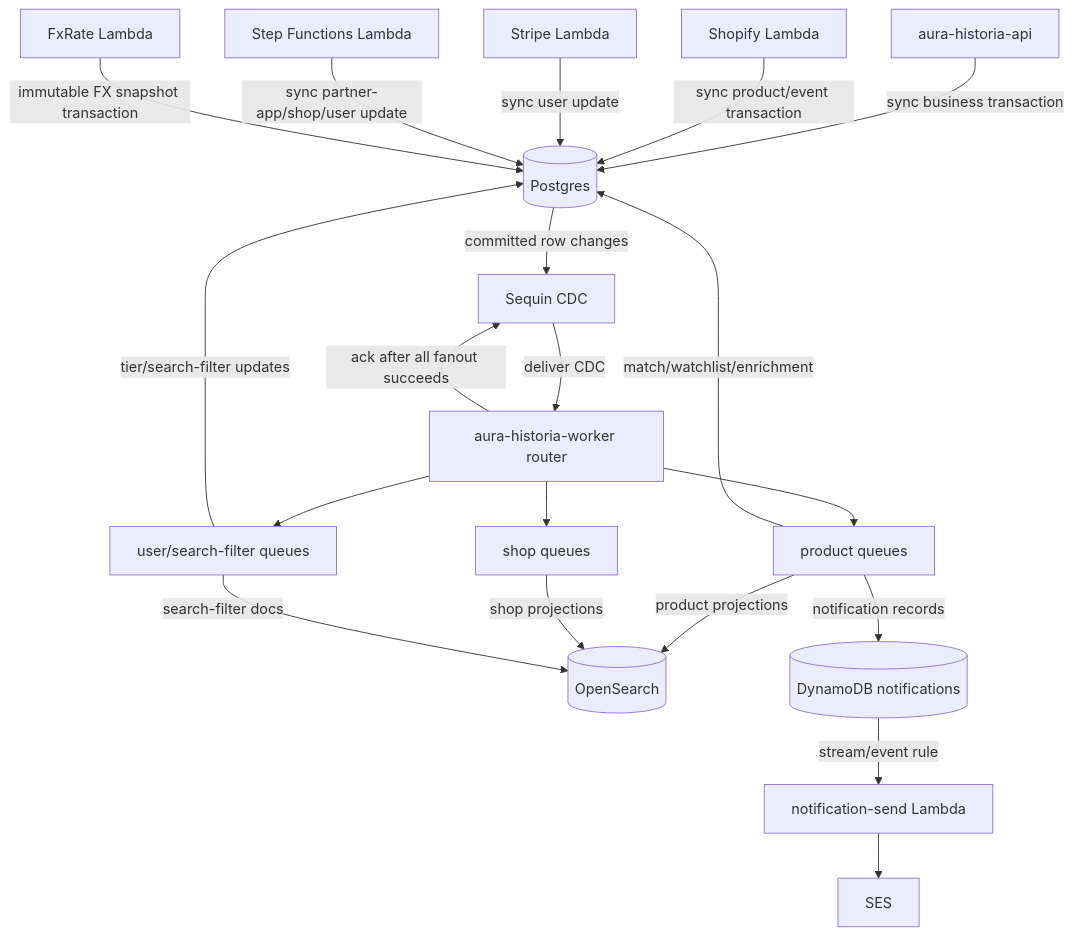
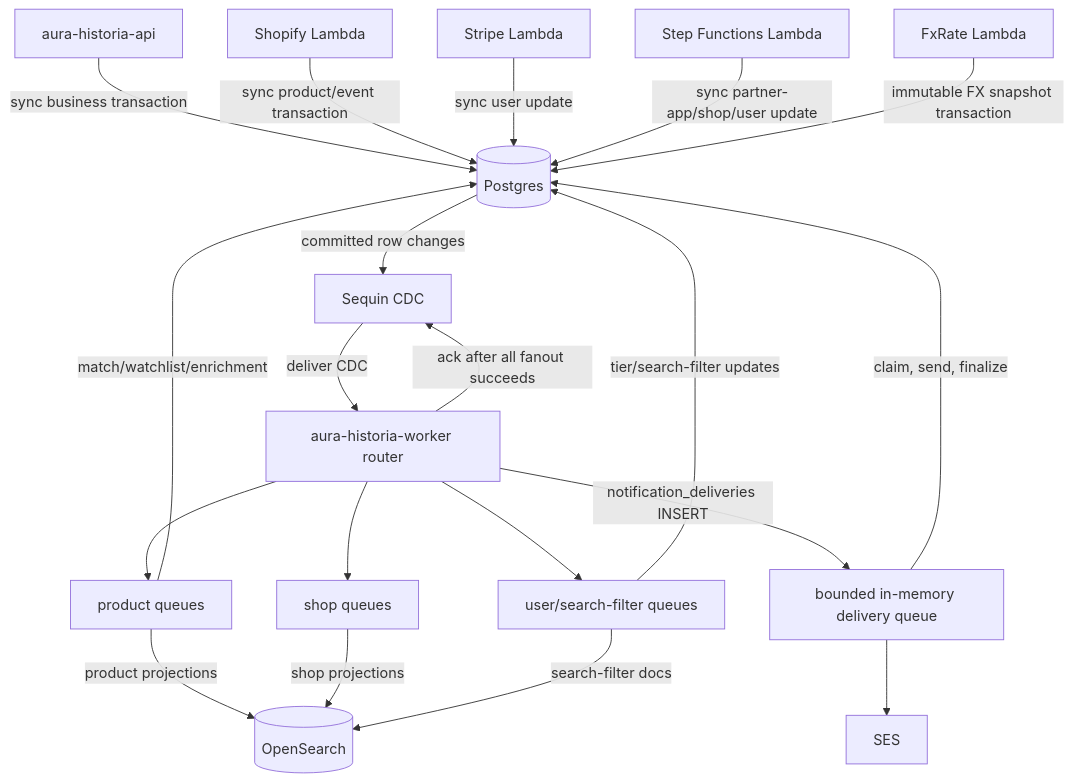
Before and after one commit to aura-historia/backend: the first of 2 diagrams in docs/events/flow.md, drawn with Mermaid. The commit also changed other lines of this file and 277 other files, not shown here.

````diff
--- a/docs/events/flow.md
+++ b/docs/events/flow.md
@@ -28,43 +27,41 @@
 ```mermaid
 flowchart TD
     API["aura-historia-api"]
     SHOPIFY["Shopify Lambda"]
     STRIPE["Stripe Lambda"]
     SFN["Step Functions Lambda"]
     PG[(Postgres)]
     SEQ["Sequin CDC"]
     ROUTER["aura-historia-worker router"]
     PQ["product queues"]
     SQ["shop queues"]
     UFQ["user/search-filter queues"]
     OS[(OpenSearch)]
-    DDBN[(DynamoDB notifications)]
-    SEND["notification-send Lambda"]
     SES["SES"]
     FX["FxRate Lambda"]
 
     API -->|"sync business transaction"| PG
     SHOPIFY -->|"sync product/event transaction"| PG
     STRIPE -->|"sync user update"| PG
     SFN -->|"sync partner-app/shop/user update"| PG
 
     PG -->|"committed row changes"| SEQ
     SEQ -->|"deliver CDC"| ROUTER
     ROUTER -->|"ack after all fanout succeeds"| SEQ
 
     ROUTER --> PQ
     ROUTER --> SQ
     ROUTER --> UFQ
 
     PQ -->|"product projections"| OS
     PQ -->|"match/watchlist/enrichment"| PG
-    PQ -->|"notification records"| DDBN
+    ROUTER -->|"notification_deliveries INSERT"| NQ[bounded in-memory delivery queue]
+    NQ -->|"claim, send, finalize"| PG
+    NQ --> SES
     SQ -->|"shop projections"| OS
     UFQ -->|"search-filter docs"| OS
     UFQ -->|"tier/search-filter updates"| PG
 
-    DDBN -->|"stream/event rule"| SEND
-    SEND --> SES
 
     FX -->|"immutable FX snapshot transaction"| PG
 ```
````
